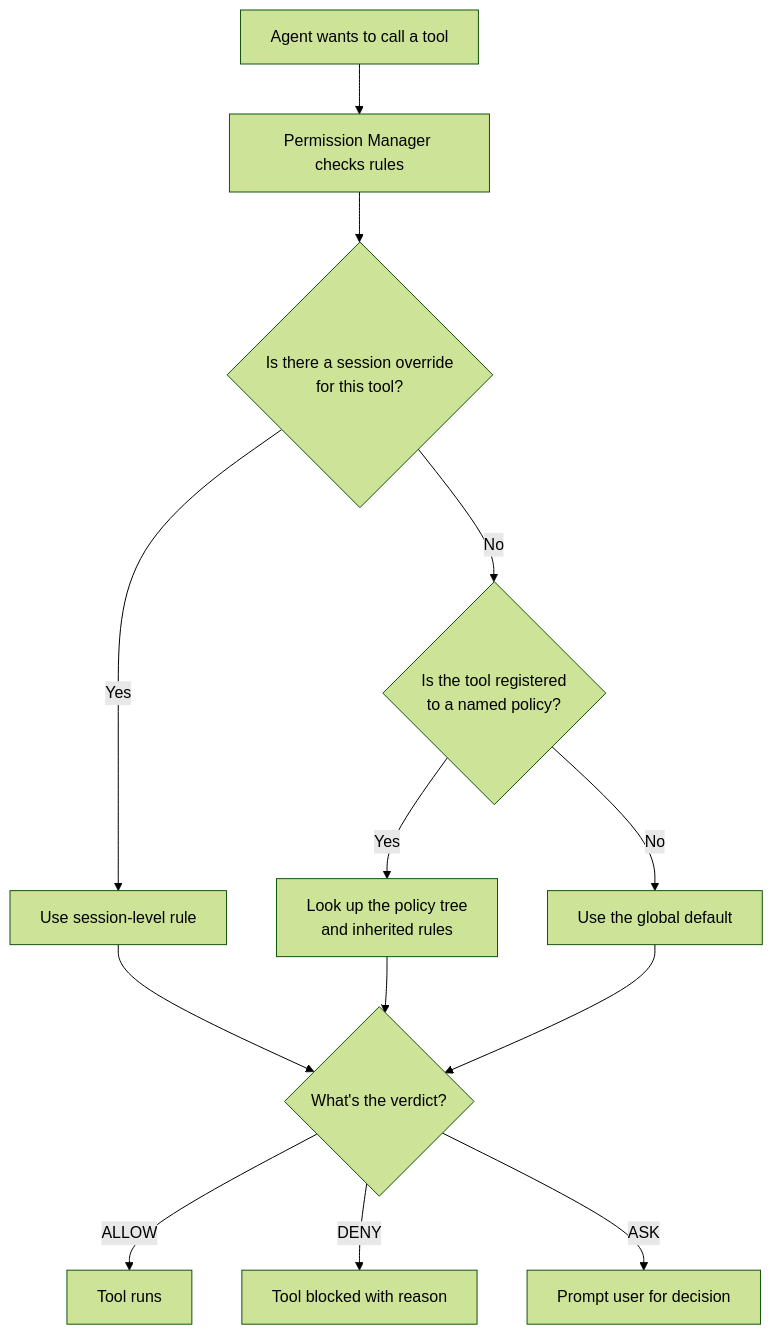
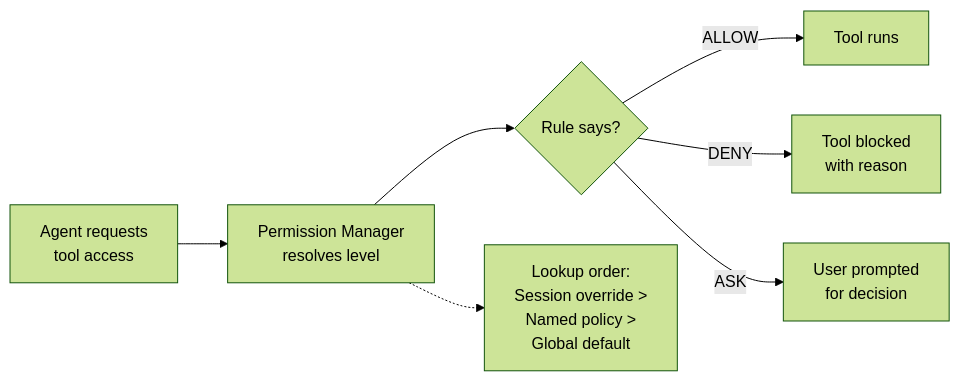
One commit to ndqkhanh/lyra changed the first of 3 diagrams in docs/innovations/permissions.md. Above: the diagram before and after it, drawn with Mermaid (forest theme). The commit also changed other lines of this file and 20 other files, not shown here.

````diff
--- a/docs/innovations/permissions.md
+++ b/docs/innovations/permissions.md
@@ -37,15 +37,9 @@
 ```mermaid
-graph TD
-    A["Agent wants to call a tool"] --> B["Permission Manager checks rules"]
-    B --> C{"Is there a session override<br/>for this tool?"}
-    C -->|"Yes"| D["Use session-level rule"]
-    C -->|"No"| E{"Is the tool registered<br/>to a named policy?"}
-    E -->|"Yes"| F["Look up the policy tree<br/>and inherited rules"]
-    E -->|"No"| G["Use the global default"]
-    D --> H{"What's the verdict?"}
-    F --> H
-    G --> H
-    H -->|"ALLOW"| I["Tool runs"]
-    H -->|"DENY"| J["Tool blocked with reason"]
-    H -->|"ASK"| K["Prompt user for decision"]
+graph LR
+    A["Agent requests<br/>tool access"] --> B["Permission Manager<br/>resolves level"]
+    B --> C{"Rule says?"}
+    C -->|"ALLOW"| D["Tool runs"]
+    C -->|"DENY"| E["Tool blocked<br/>with reason"]
+    C -->|"ASK"| F["User prompted<br/>for decision"]
+    B -.-> G["Lookup order:<br/>Session override ><br/>Named policy ><br/>Global default"]
 ```
````
